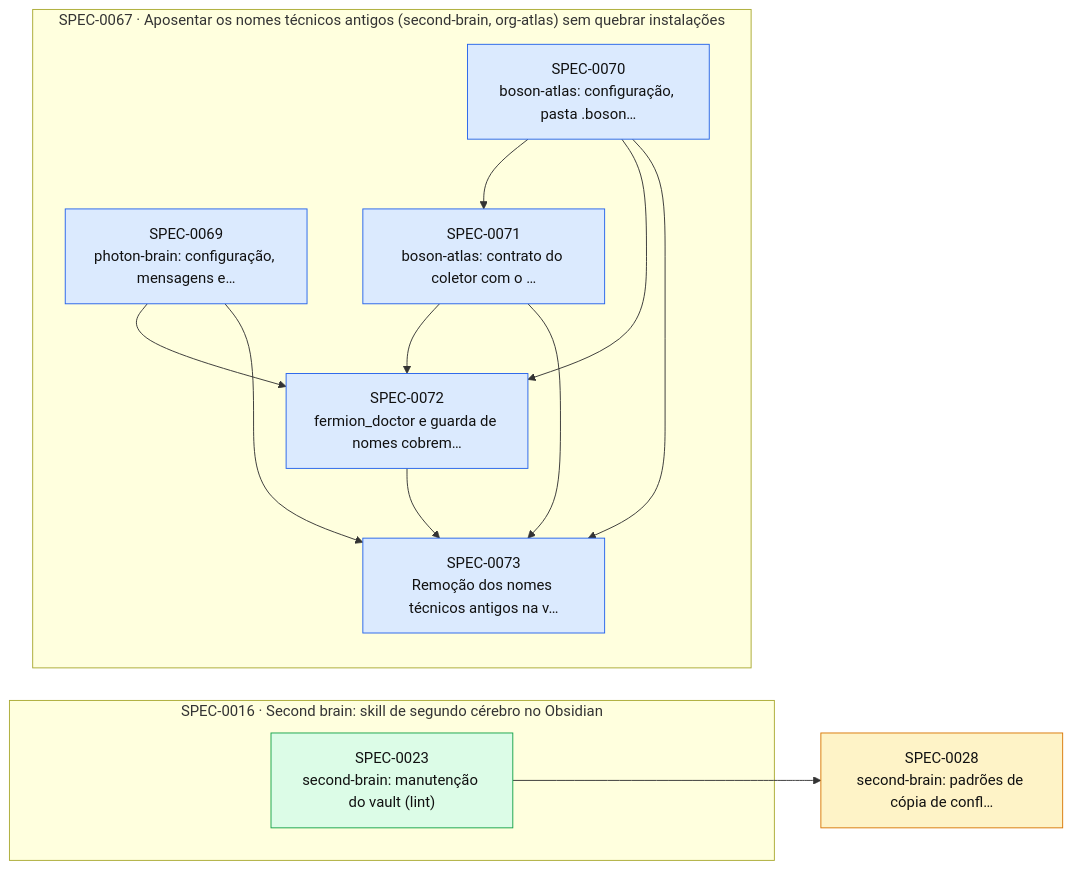
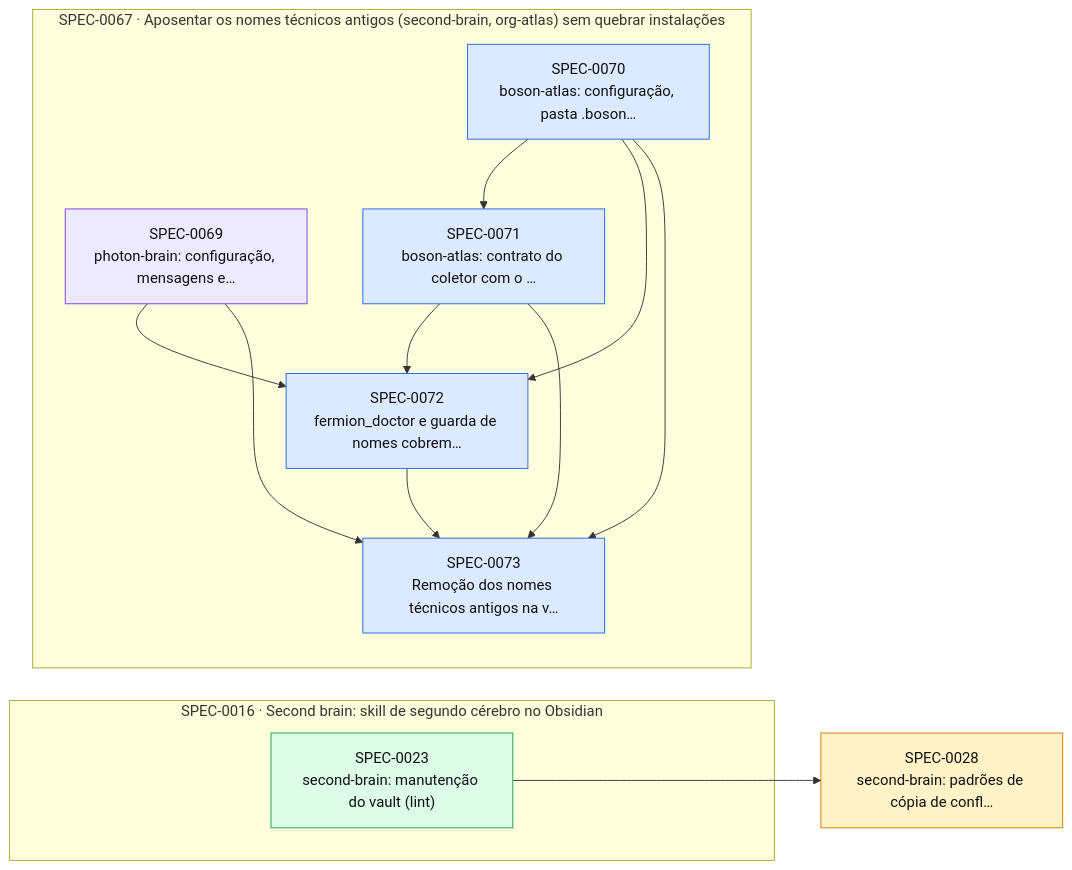
One commit to thomasravache/ai-dev-brain changed the diagram in docs/specs/INDEX.md. Above: the diagram before and after it, drawn with Mermaid. The commit also changed other lines of this file and 1 other file, not shown here.

First line of the commit message:
docs(specs): plano da SPEC-0069

````diff
--- a/docs/specs/INDEX.md
+++ b/docs/specs/INDEX.md
@@ -56,28 +56,28 @@
 ```mermaid
 flowchart LR
   S0028["SPEC-0028<br/>second-brain: padrões de cópia de confl…"]:::proposed
   subgraph E0016["SPEC-0016 · Second brain: skill de segundo cérebro no Obsidian"]
     S0023["SPEC-0023<br/>second-brain: manutenção do vault (lint)"]:::implemented
   end
   subgraph E0067["SPEC-0067 · Aposentar os nomes técnicos antigos (second-brain, org-atlas) sem quebrar instalações"]
-    S0069["SPEC-0069<br/>photon-brain: configuração, mensagens e…"]:::approved
+    S0069["SPEC-0069<br/>photon-brain: configuração, mensagens e…"]:::inprogress
     S0070["SPEC-0070<br/>boson-atlas: configuração, pasta .boson…"]:::approved
     S0071["SPEC-0071<br/>boson-atlas: contrato do coletor com o …"]:::approved
     S0072["SPEC-0072<br/>fermion_doctor e guarda de nomes cobrem…"]:::approved
     S0073["SPEC-0073<br/>Remoção dos nomes técnicos antigos na v…"]:::approved
   end
   S0023 --> S0028
   S0070 --> S0071
   S0069 --> S0072
   S0070 --> S0072
   S0071 --> S0072
   S0069 --> S0073
   S0070 --> S0073
   S0071 --> S0073
   S0072 --> S0073
   classDef proposed fill:#fef3c7,stroke:#d97706,color:#111
   classDef approved fill:#dbeafe,stroke:#2563eb,color:#111
   classDef inprogress fill:#ede9fe,stroke:#7c3aed,color:#111
   classDef implemented fill:#dcfce7,stroke:#16a34a,color:#111
   classDef deprecated fill:#f3f4f6,stroke:#9ca3af,color:#6b7280
 ```
````
